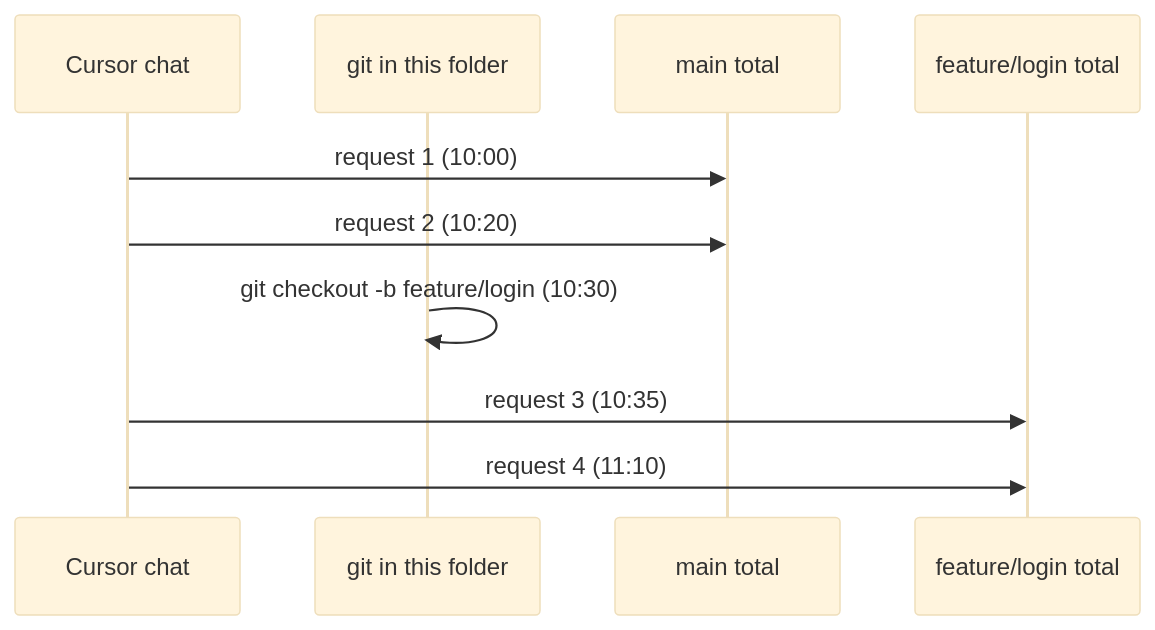
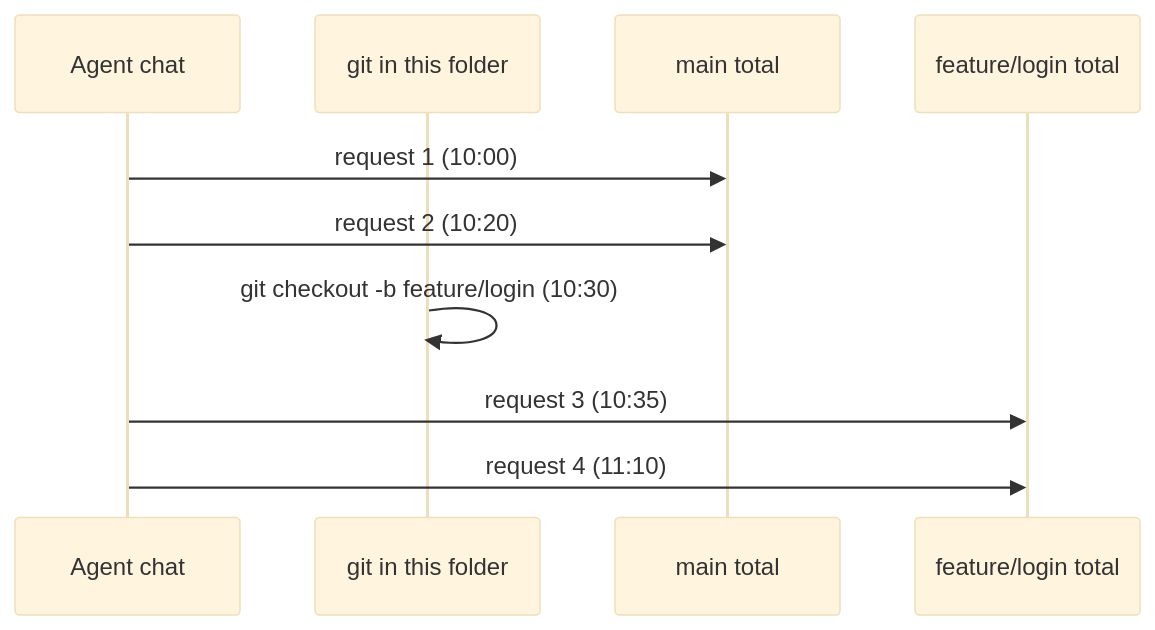
Before and after one commit to BleedingDev/dx-feature-tracker: the eighth of 19 diagrams in docs/HOW-IT-WORKS.md, drawn with Mermaid (base theme). The commit also changed other lines of this file and 3 other files, not shown here.

````diff
--- a/docs/HOW-IT-WORKS.md
+++ b/docs/HOW-IT-WORKS.md
@@ -252,12 +274,12 @@
 ```mermaid
 sequenceDiagram
-    participant Chat as Cursor chat
+    participant Chat as Agent chat
     participant Git as git in this folder
     participant Main as main total
     participant Feat as feature/login total
     Chat->>Main: request 1 (10:00)
     Chat->>Main: request 2 (10:20)
     Git->>Git: git checkout -b feature/login (10:30)
     Chat->>Feat: request 3 (10:35)
     Chat->>Feat: request 4 (11:10)
 ```
````
